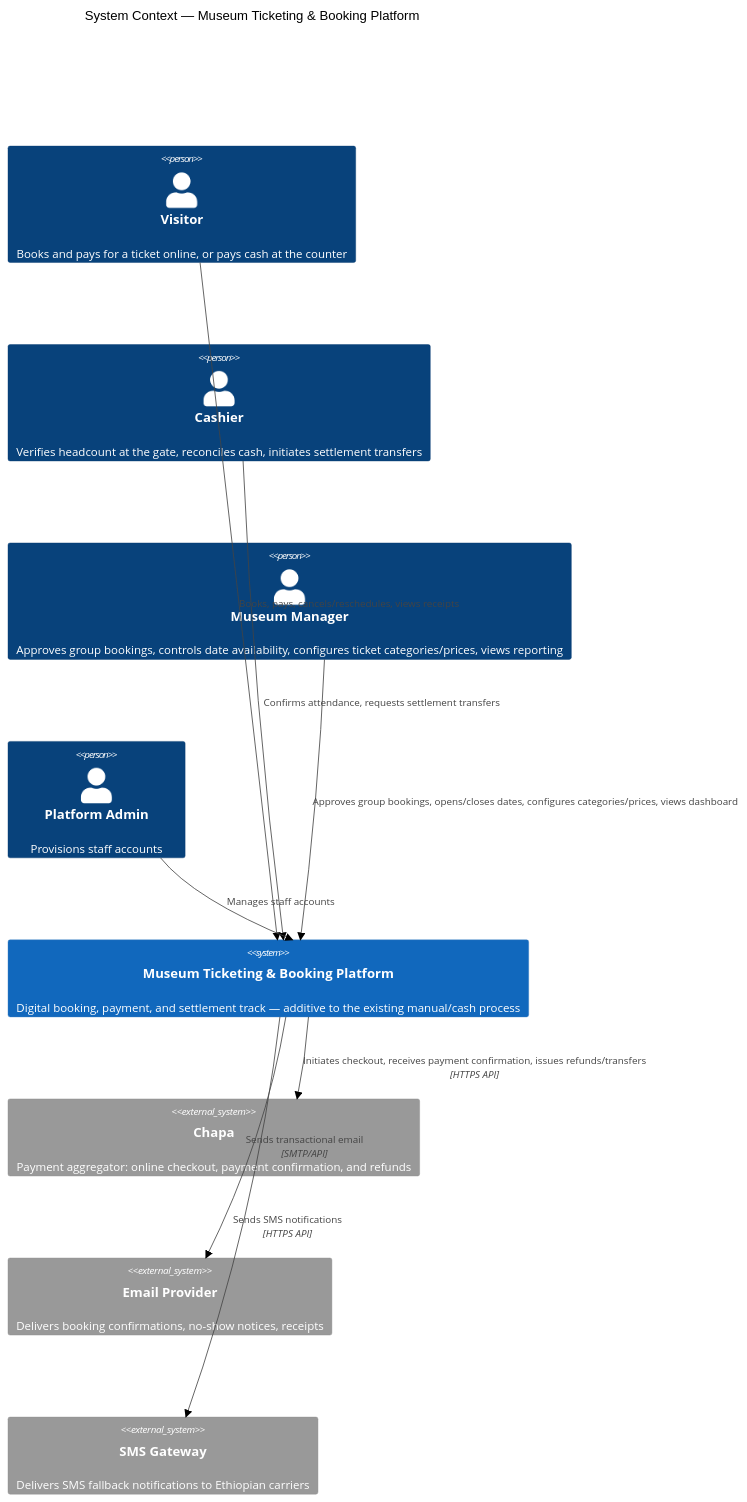
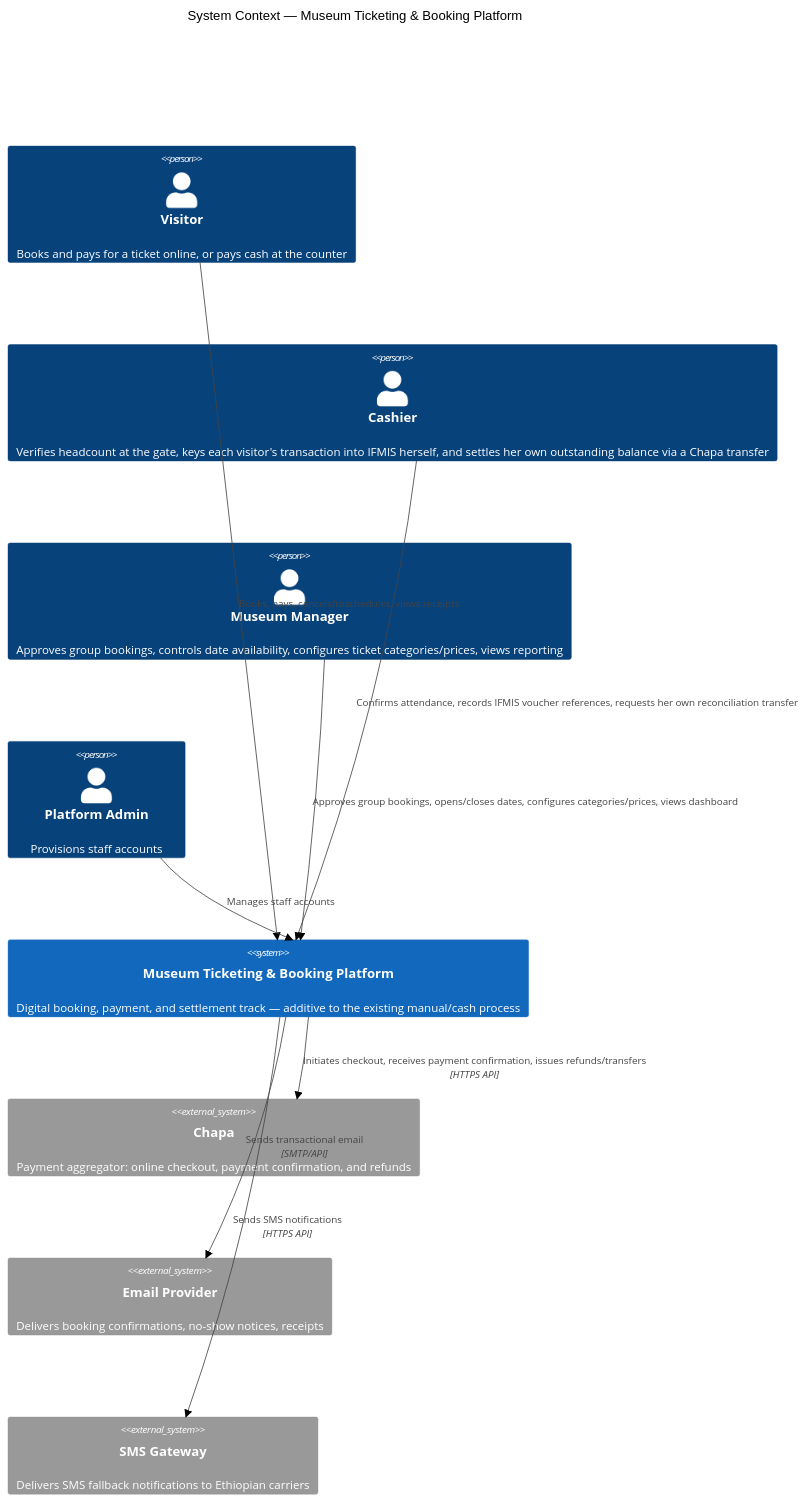
Before and after one commit to TsegayIS122123/museum-ticketing-system: the first of 10 diagrams in docs/03-software-design-specification.md, drawn with Mermaid (neutral theme). The commit also changed other lines of this file and 24 other files, not shown here.

First line of the commit message:
feat(settlement): implement settlement app; add cashier transfer receipt

````diff
--- a/docs/03-software-design-specification.md
+++ b/docs/03-software-design-specification.md
@@ -34,24 +34,24 @@
 ```mermaid
 C4Context
     title System Context — Museum Ticketing & Booking Platform
 
     Person(visitor, "Visitor", "Books and pays for a ticket online, or pays cash at the counter")
-    Person(cashier, "Cashier", "Verifies headcount at the gate, reconciles cash, initiates settlement transfers")
+    Person(cashier, "Cashier", "Verifies headcount at the gate, keys each visitor's transaction into IFMIS herself, and settles her own outstanding balance via a Chapa transfer")
     Person(manager, "Museum Manager", "Approves group bookings, controls date availability, configures ticket categories/prices, views reporting")
     Person(admin, "Platform Admin", "Provisions staff accounts")
 
     System(platform, "Museum Ticketing & Booking Platform", "Digital booking, payment, and settlement track — additive to the existing manual/cash process")
 
     System_Ext(chapa, "Chapa", "Payment aggregator: online checkout, payment confirmation, and refunds")
     System_Ext(email, "Email Provider", "Delivers booking confirmations, no-show notices, receipts")
     System_Ext(sms, "SMS Gateway", "Delivers SMS fallback notifications to Ethiopian carriers")
 
     Rel(visitor, platform, "Books, pays, cancels/reschedules, views receipts")
-    Rel(cashier, platform, "Confirms attendance, requests settlement transfers")
+    Rel(cashier, platform, "Confirms attendance, records IFMIS voucher references, requests her own reconciliation transfer")
     Rel(manager, platform, "Approves group bookings, opens/closes dates, configures categories/prices, views dashboard")
     Rel(admin, platform, "Manages staff accounts")
 
     Rel(platform, chapa, "Initiates checkout, receives payment confirmation, issues refunds/transfers", "HTTPS API")
     Rel(platform, email, "Sends transactional email", "SMTP/API")
     Rel(platform, sms, "Sends SMS notifications", "HTTPS API")
 ```
````
